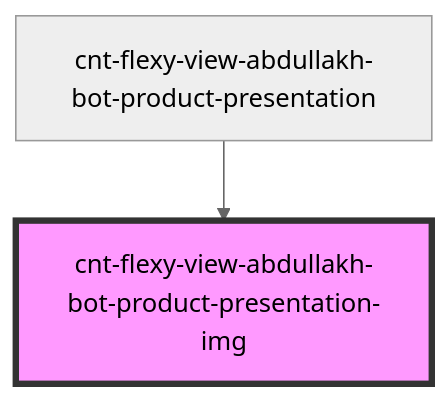
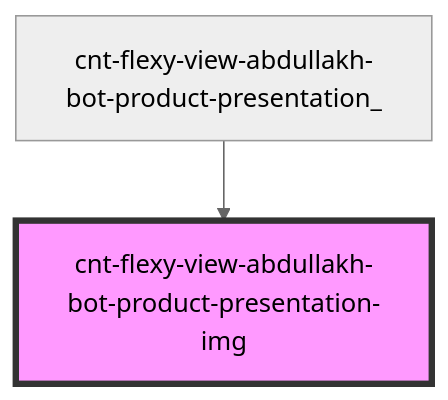
The diagram in src/components/cnt-flexy-view-abdullakh-bot-product-presentation/res/view/cnt-flexy-view-abdullakh-bot-product-presentation_/res/view/cnt-flexy-view-abdullakh-bot-product-presentation-img/readme.md (Wokh-Dada/botdevelopmentapp), drawn with Mermaid (neutral theme) before and after one commit. The commit also changed other lines of this file and 34 other files, not shown here.

````diff
--- a/src/components/cnt-flexy-view-abdullakh-bot-product-presentation/res/view/cnt-flexy-view-abdullakh-bot-product-presentation_/res/view/cnt-flexy-view-abdullakh-bot-product-presentation-img/readme.md
+++ b/src/components/cnt-flexy-view-abdullakh-bot-product-presentation/res/view/cnt-flexy-view-abdullakh-bot-product-presentation_/res/view/cnt-flexy-view-abdullakh-bot-product-presentation-img/readme.md
@@ -29,5 +29,5 @@
 ```mermaid
 graph TD;
-  cnt-flexy-view-abdullakh-bot-product-presentation --> cnt-flexy-view-abdullakh-bot-product-presentation-img
+  cnt-flexy-view-abdullakh-bot-product-presentation_ --> cnt-flexy-view-abdullakh-bot-product-presentation-img
   style cnt-flexy-view-abdullakh-bot-product-presentation-img fill:#f9f,stroke:#333,stroke-width:4px
 ```
````
